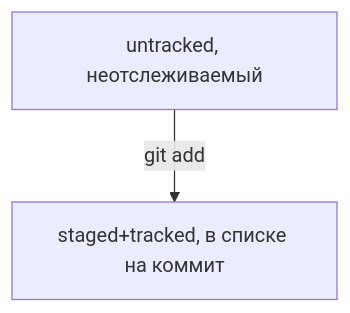
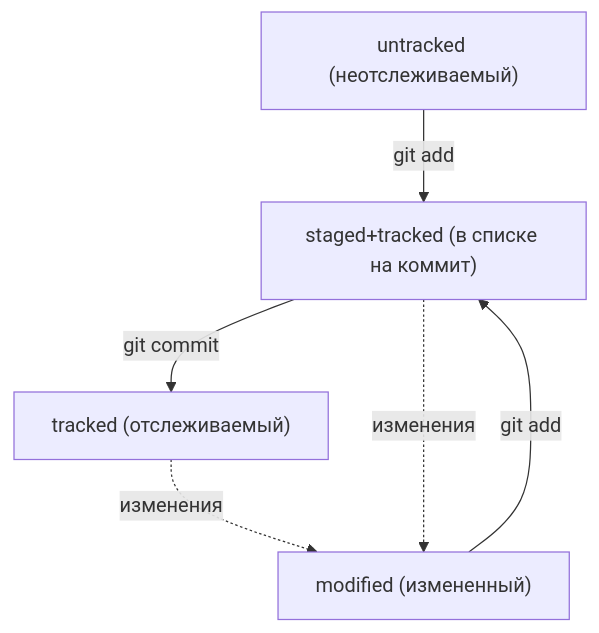
One commit to MarkStachev/Git_FAQ changed the diagram in git_file_statuses.MD. Above: the diagram before and after it, drawn with Mermaid.

Commit message:
made git file statuses diagram

````diff
--- a/git_file_statuses.MD
+++ b/git_file_statuses.MD
@@ -3,4 +3,8 @@
 ```mermaid
 flowchart TD
-    A[untracked, неотслеживаемый]-->|git add| B[staged+tracked, в списке на коммит]
+    A["untracked (неотслеживаемый)"]-->|git add| B[staged+tracked, в списке на коммит]
+    B[staged+tracked, в списке на коммит] -->|git commit| C[tracked, отслеживаемый]
+    C["tracked (отслеживаемый)"] -.-> |изменения| D[modified, измененный]
+    D[modified, измененный] --> |git add| B[staged+tracked, в списке на коммит]
+    B["staged+tracked (в списке на коммит)"] -.->|изменения| D["modified (измененный)"]
 ```
````
